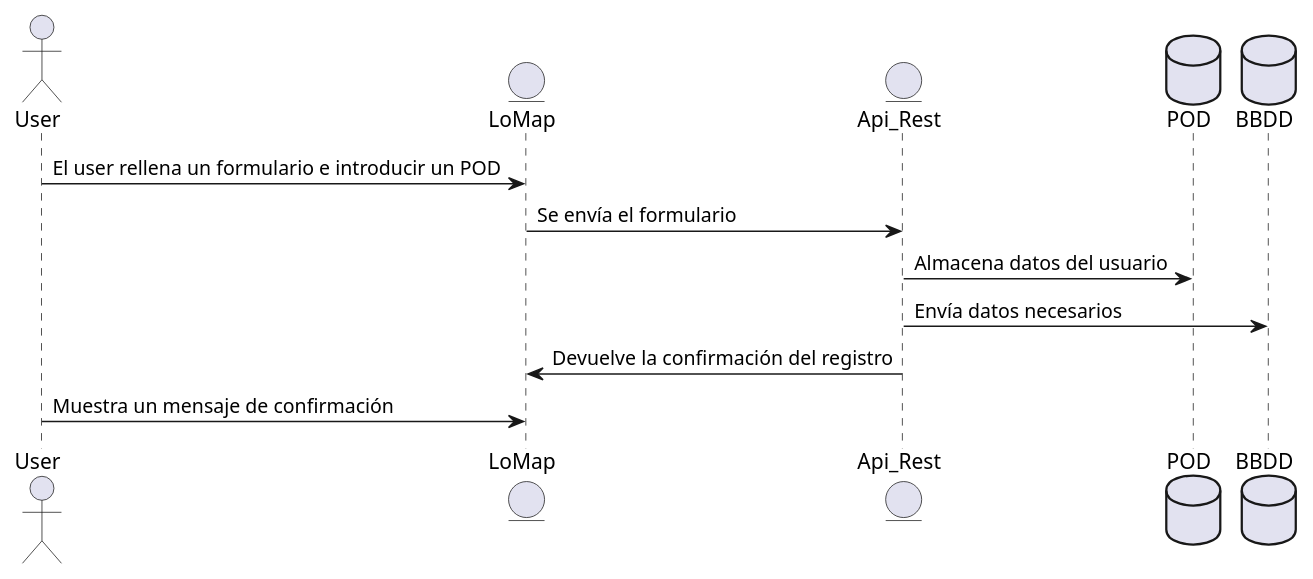
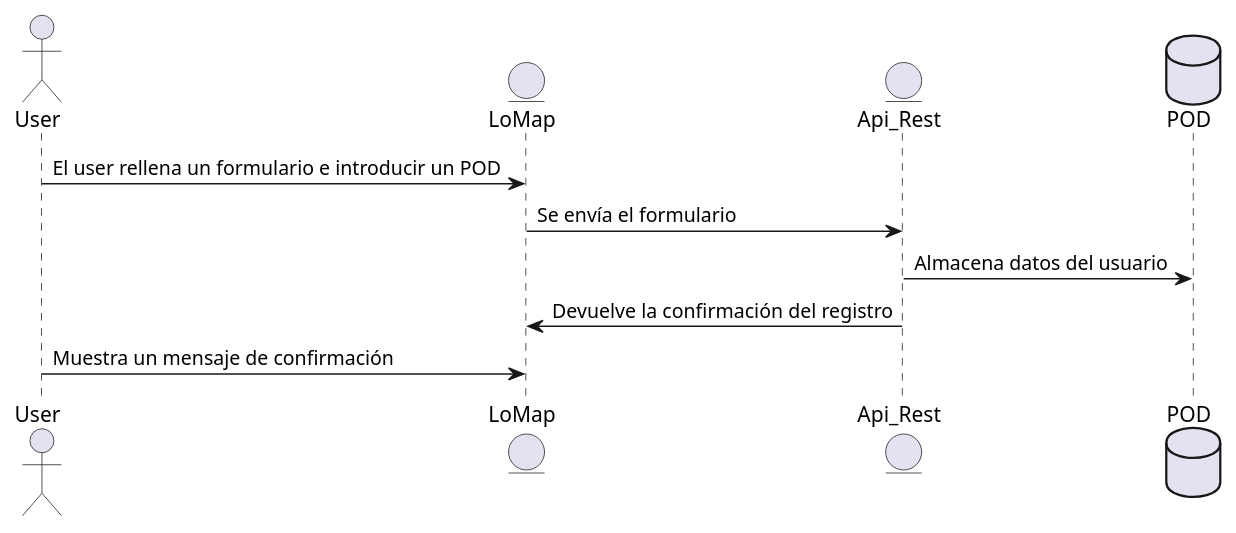
One commit to Arquisoft/lomap_es6a changed the first of 5 diagrams in docs/06_runtime_view.adoc. Above: the diagram before and after it, drawn with PlantUML. The commit also changed other lines of this file and 5 other files, not shown here.

```diff
--- a/docs/06_runtime_view.adoc
+++ b/docs/06_runtime_view.adoc
@@ -34,16 +34,14 @@
 [plantuml,"Sequence diagram",png]
 ----
 actor User
 entity LoMap
 entity Api_Rest
 database POD
-database BBDD
 
 User -> LoMap: El user rellena un formulario e introducir un POD
 LoMap -> Api_Rest: Se envía el formulario
 Api_Rest -> POD: Almacena datos del usuario
-Api_Rest -> BBDD: Envía datos necesarios
 LoMap <- Api_Rest: Devuelve la confirmación del registro
 User -> LoMap: Muestra un mensaje de confirmación
 
 ----
```
